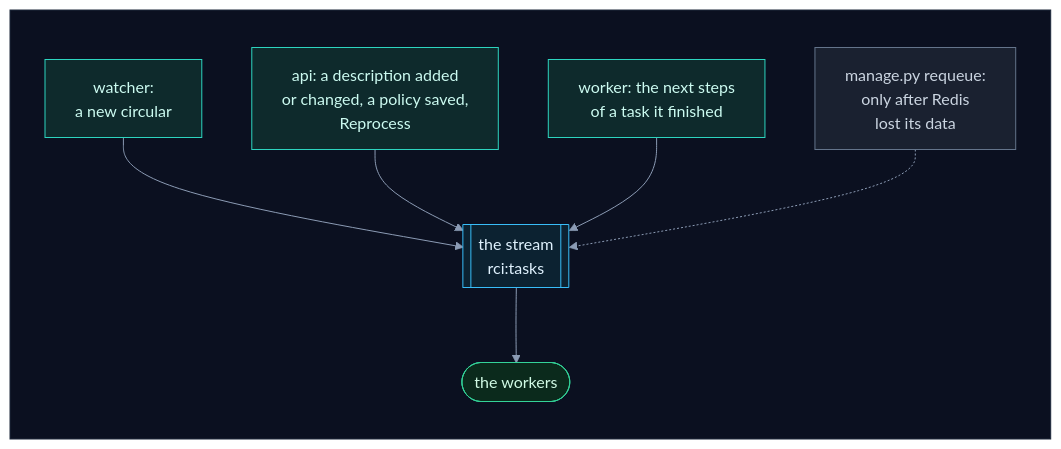
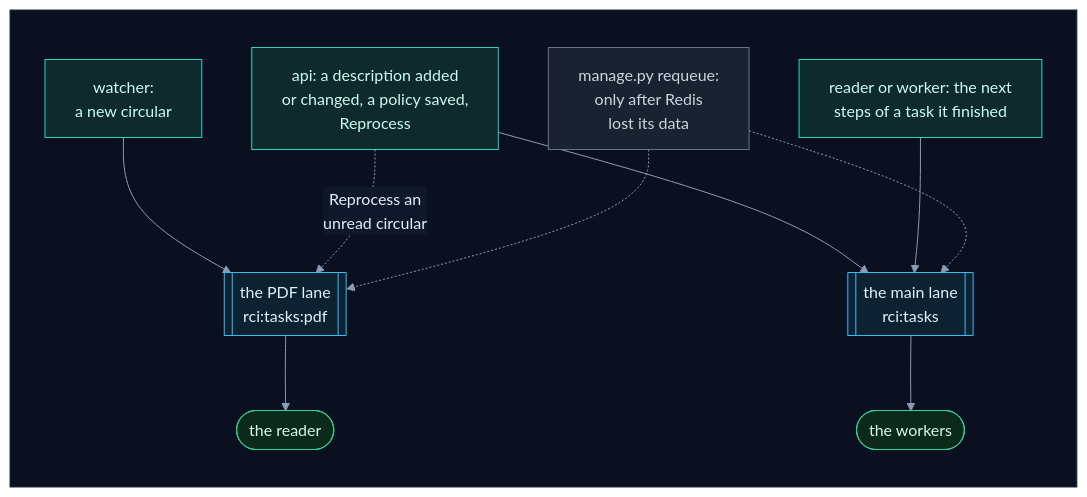
One commit to selvakumarperumal/Regulatory_Circular_Impact_Agent changed the tenth of 20 diagrams in how_the_worker_works.md. Above: the diagram before and after it, drawn with Mermaid. The commit also changed other lines of this file and 7 other files, not shown here.

Commit message:
Document the PDF lane and the main lane

````diff
--- a/how_the_worker_works.md
+++ b/how_the_worker_works.md
@@ -630,27 +704,30 @@
 ```mermaid
 %%{init: {"theme": "base", "flowchart": {"diagramPadding": 0}, "themeVariables": {"darkMode": true, "primaryColor": "#16213a", "primaryTextColor": "#e6edf7", "primaryBorderColor": "#475a7a", "lineColor": "#8b9bb4", "secondaryColor": "#1b2436", "tertiaryColor": "#101a2e", "edgeLabelBackground": "#0f172a", "textColor": "#e2e8f0", "clusterBkg": "#0f1728", "clusterBorder": "#2b3a55", "titleColor": "#c4b5fd", "nodeTextColor": "#e6edf7"}}}%%
 flowchart TD
     subgraph canvas[" "]
         direction TB
-        w["watcher:<br/>a new circular"] --> q[["the stream<br/>rci:tasks"]]
-        a["api: a description added<br/>or changed, a policy saved,<br/>Reprocess"] --> q
-        k["worker: the next steps<br/>of a task it finished"] --> q
+        w["watcher:<br/>a new circular"] --> p[["the PDF lane<br/>rci:tasks:pdf"]]
+        a["api: a description added<br/>or changed, a policy saved,<br/>Reprocess"] --> q[["the main lane<br/>rci:tasks"]]
+        a -.->|"Reprocess an<br/>unread circular"| p
+        k["reader or worker: the next<br/>steps of a task it finished"] --> q
         m["manage.py requeue:<br/>only after Redis<br/>lost its data"] -.-> q
+        m -.-> p
+        p --> y(["the reader"])
         q --> x(["the workers"])
     end
     classDef svc fill:#0e2a2c,stroke:#2dd4bf,color:#ccfbf1
     classDef data fill:#1c1a47,stroke:#818cf8,color:#e0e7ff
     classDef ext fill:#2a1640,stroke:#c084fc,color:#f3e8ff
     classDef gpu fill:#2d1b0c,stroke:#fb923c,color:#ffedd5
     classDef ask fill:#2a2410,stroke:#fbbf24,color:#fef3c7
     classDef ok fill:#0b2a1c,stroke:#34d399,color:#d1fae5
     classDef bad fill:#2e0f17,stroke:#fb7185,color:#ffe4e6
     classDef start fill:#1c2a0e,stroke:#a7ef6f,color:#ecfccb
     classDef muted fill:#1a2130,stroke:#64748b,color:#cbd5e1
     classDef queue fill:#0c2231,stroke:#38bdf8,color:#e0f2fe
     class w,a,k svc
     class m muted
-    class q queue
-    class x ok
+    class p,q queue
+    class x,y ok
     style canvas fill:#0b1020,stroke:#1e293b,color:#0b1020
 ```
````
